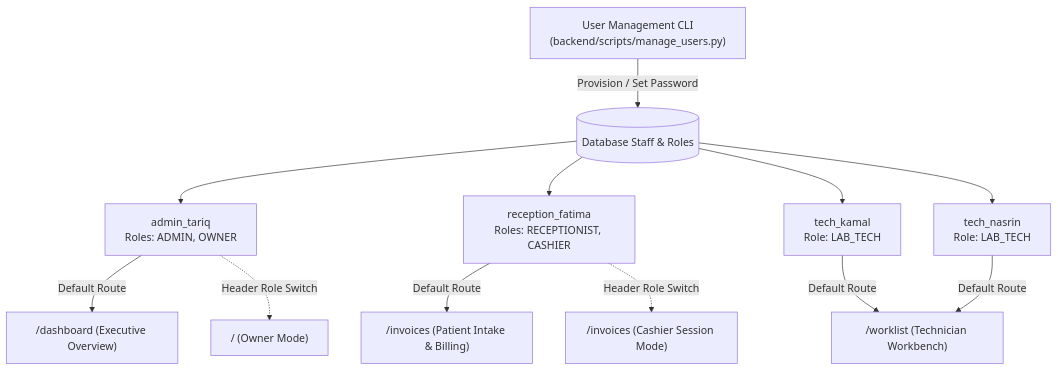
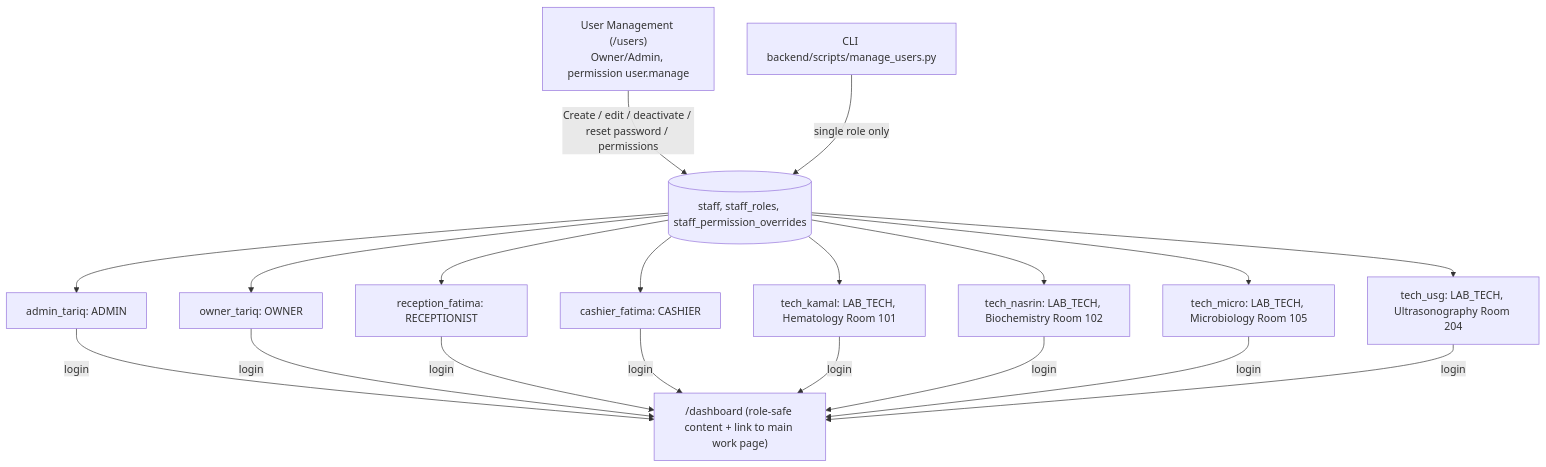
Before and after one commit to Wasihub1/medscope_dcms: the fifth of 5 diagrams in docs/WORKFLOWS.md, drawn with Mermaid. The commit also changed other lines of this file and 225 other files, not shown here.

````diff
--- a/docs/WORKFLOWS.md
+++ b/docs/WORKFLOWS.md
@@ -262,16 +298,14 @@
 ```mermaid
 flowchart TD
-    CLI["User Management CLI\n(backend/scripts/manage_users.py)"] -->|Provision / Set Password| DB[(Database Staff & Roles)]
-    
-    DB --> U1["admin_tariq\nRoles: ADMIN, OWNER"]
-    DB --> U2["reception_fatima\nRoles: RECEPTIONIST, CASHIER"]
-    DB --> U3["tech_kamal\nRole: LAB_TECH"]
-    DB --> U4["tech_nasrin\nRole: LAB_TECH"]
-    
-    U1 -->|Default Route| WB1["/dashboard (Executive Overview)"]
-    U1 -.->|Header Role Switch| WB2["/ (Owner Mode)"]
-    U2 -->|Default Route| WB3["/invoices (Patient Intake & Billing)"]
-    U2 -.->|Header Role Switch| WB4["/invoices (Cashier Session Mode)"]
-    U3 -->|Default Route| WB5["/worklist (Technician Workbench)"]
-    U4 -->|Default Route| WB5
+    UM["User Management (/users)\nOwner/Admin, permission user.manage"] -->|Create / edit / deactivate / reset password / permissions| DB[(staff, staff_roles, staff_permission_overrides)]
+    CLI["CLI backend/scripts/manage_users.py"] -->|single role only| DB
+    DB --> U1["admin_tariq: ADMIN"]
+    DB --> U1b["owner_tariq: OWNER"]
+    DB --> U2["reception_fatima: RECEPTIONIST"]
+    DB --> U2b["cashier_fatima: CASHIER"]
+    DB --> U3["tech_kamal: LAB_TECH, Hematology Room 101"]
+    DB --> U4["tech_nasrin: LAB_TECH, Biochemistry Room 102"]
+    DB --> U5["tech_micro: LAB_TECH, Microbiology Room 105"]
+    DB --> U6["tech_usg: LAB_TECH, Ultrasonography Room 204"]
+    U1 & U1b & U2 & U2b & U3 & U4 & U5 & U6 -->|login| DASH["/dashboard (role-safe content + link to main work page)"]
 ```
````
